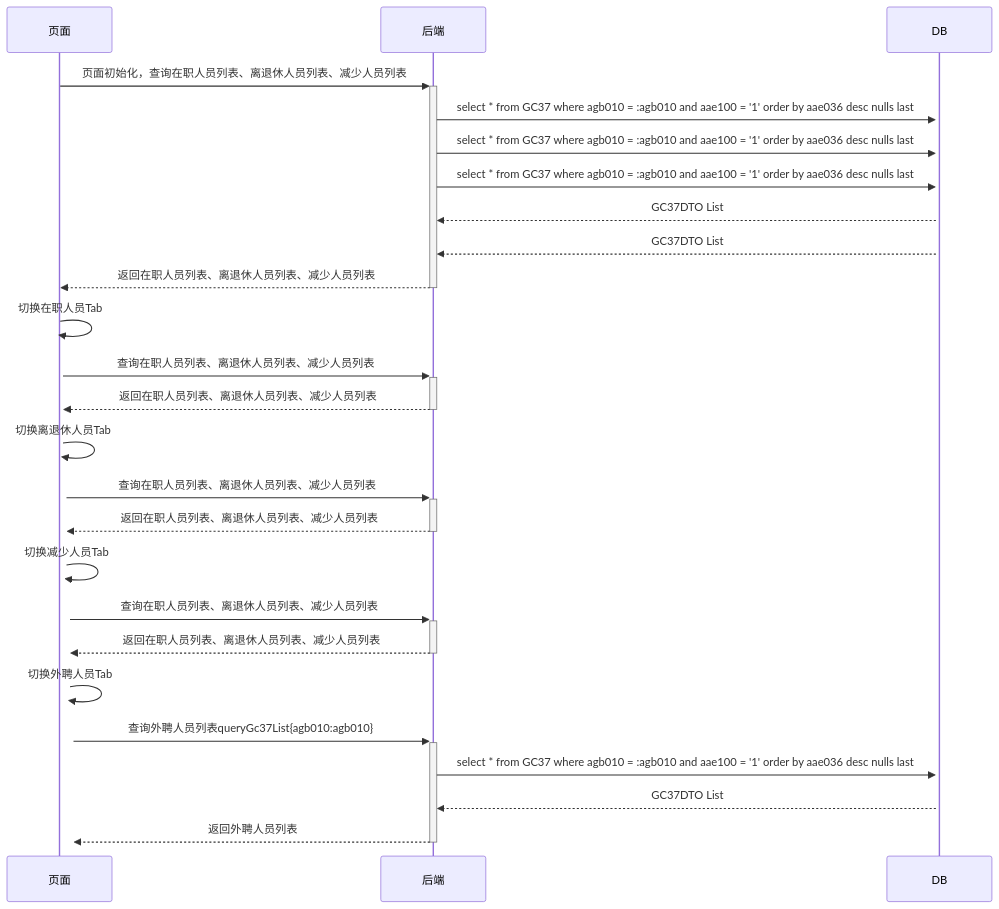
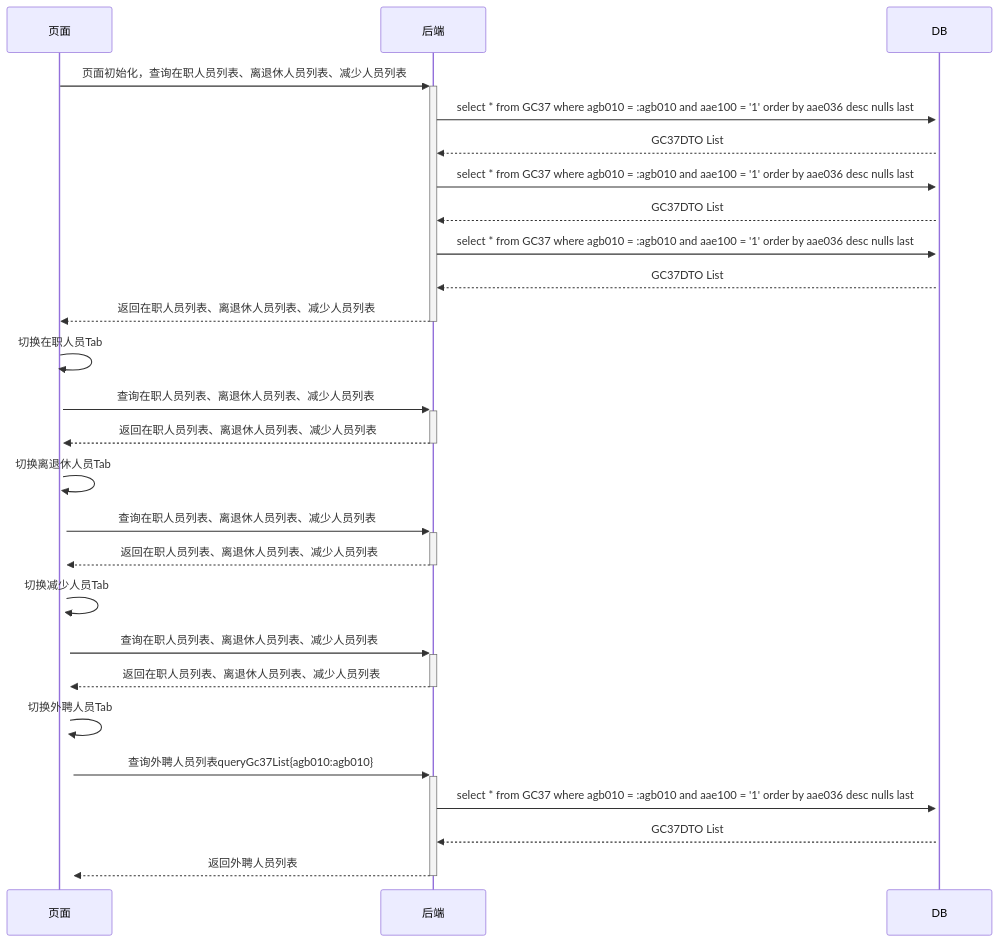
One commit to ZhangJianBeiJing/iodraw-files changed the diagram in all/人员基本信息初始化页面多Tab调用业务流程.md. Above: the diagram before and after it, drawn with Mermaid.

Commit message:
2025-03-25 10:31:34 update

````diff
--- a/all/人员基本信息初始化页面多Tab调用业务流程.md
+++ b/all/人员基本信息初始化页面多Tab调用业务流程.md
@@ -1,26 +1,27 @@
 ```mermaid
 sequenceDiagram
     页面->>+后端: 页面初始化，查询在职人员列表、离退休人员列表、减少人员列表
     后端->>+DB:select * from GC37 where agb010 = :agb010 and aae100 = '1' order by aae036 desc nulls last
-    
+    DB-->>后端:GC37DTO List
     后端->>+DB:select * from GC37 where agb010 = :agb010 and aae100 = '1' order by aae036 desc nulls last
+    DB-->>后端:GC37DTO List
     后端->>+DB:select * from GC37 where agb010 = :agb010 and aae100 = '1' order by aae036 desc nulls last
     
-    DB-->>后端:GC37DTO List
+    
     DB-->>后端:GC37DTO List
     后端-->>-页面:返回在职人员列表、离退休人员列表、减少人员列表
     页面->>+页面:切换在职人员Tab
     页面->>+后端:查询在职人员列表、离退休人员列表、减少人员列表
     后端-->>-页面:返回在职人员列表、离退休人员列表、减少人员列表
     页面->>+页面:切换离退休人员Tab
     页面->>+后端:查询在职人员列表、离退休人员列表、减少人员列表
     后端-->>-页面:返回在职人员列表、离退休人员列表、减少人员列表
     页面->>+页面:切换减少人员Tab
     页面->>+后端:查询在职人员列表、离退休人员列表、减少人员列表
     后端-->>-页面:返回在职人员列表、离退休人员列表、减少人员列表
     页面->>+页面:切换外聘人员Tab
     页面->>+后端:查询外聘人员列表queryGc37List{agb010:agb010}
     后端->>+DB:select * from GC37 where agb010 = :agb010 and aae100 = '1' order by aae036 desc nulls last
     DB-->>后端:GC37DTO List 
     后端-->>-页面:返回外聘人员列表
 ```
````
